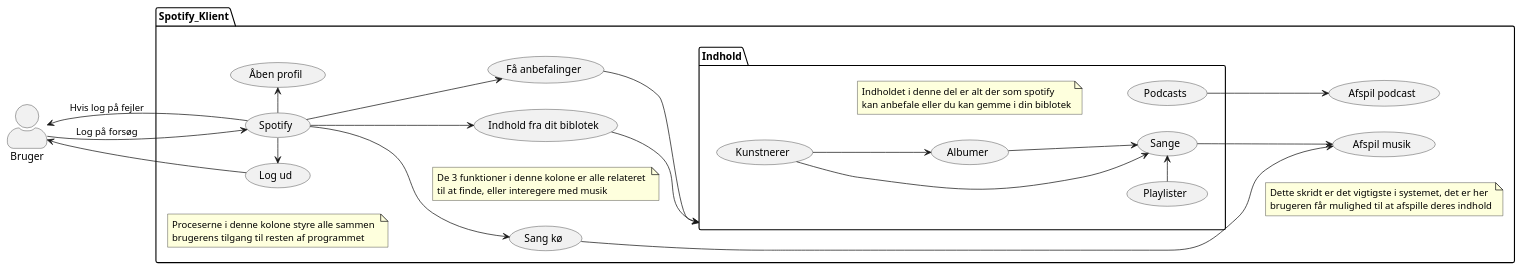
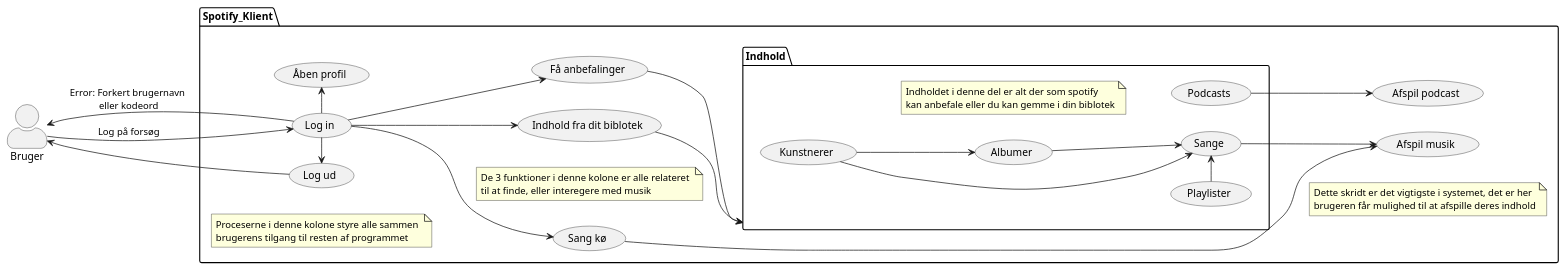
One commit to ViliusIvanovas/SO6 changed the diagram in usecases.puml. Above: the diagram before and after it, drawn with PlantUML. The commit also changed 2 other files, not shown here.

Commit message:
Fixed a few things, and started to add more diagrams

```diff
--- a/usecases.puml
+++ b/usecases.puml
@@ -1,81 +1,81 @@
 @startuml usecases
 
 set separator ::
 
 skinparam actorStyle awesome
 
 left to right direction
 
 actor Bruger as bruger
 
 package Spotify_Klient {
-    usecase "Spotify" as main
+    usecase "Log in" as login
 
     usecase "Afspil musik" as afspil
     usecase "Afspil podcast" as afspilPodcast
 
     note "Dette skridt er det vigtigste i systemet, det er her \nbrugeren får mulighed til at afspille deres indhold" as n4
 
     usecase "Få anbefalinger" as anbefal
 
     usecase "Indhold fra dit biblotek" as biblotek
 
     note "De 3 funktioner i denne kolone er alle relateret \ntil at finde, eller interegere med musik" as n2
 
     package Indhold as indhold {
         usecase "Sange" as sang
         usecase "Albumer" as album
         usecase "Kunstnerer" as kunstner
         usecase "Playlister" as playliste
         usecase "Podcasts" as podcast
 
         note "Indholdet i denne del er alt der som spotify \nkan anbefale eller du kan gemme i din biblotek" as n1
     }
 
     usecase "Sang kø" as kø
 
     usecase "Log ud" as logud
     usecase "Åben profil" as profil
 
     note "Proceserne i denne kolone styre alle sammen \nbrugerens tilgang til resten af programmet" as n3
 }
 
-main -up-> bruger : Hvis log på fejler
-bruger --> main : Log på forsøg
-main --> kø
+login -up-> bruger : Error: Forkert brugernavn \neller kodeord
+bruger --> login : Log på forsøg
+login --> kø
 
-main --> biblotek
+login --> biblotek
 biblotek -down-> indhold
 
 album --> sang
 kunstner -down-> album
 kunstner -down-> sang
 playliste -right-> sang
 
 sang -down-> afspil
 kø --> afspil
 
 podcast -down-> afspilPodcast
 
-main --> anbefal
+login --> anbefal
 anbefal -down-> indhold
 
-main -left-> logud
-main -right-> profil
+login -left-> logud
+login -right-> profil
 
 logud --> bruger
 
 afspil -[hidden] afspilPodcast
 album -[hidden]-> podcast
 
 kunstner -[hidden]-> n1
 n1 -[hidden]-> podcast
 
 kø -[hidden] n2
 n2 -[hidden] biblotek
 
 n3 -[hidden] profil
 
 n4 -[hidden] afspilPodcast
 
 @enduml
```
